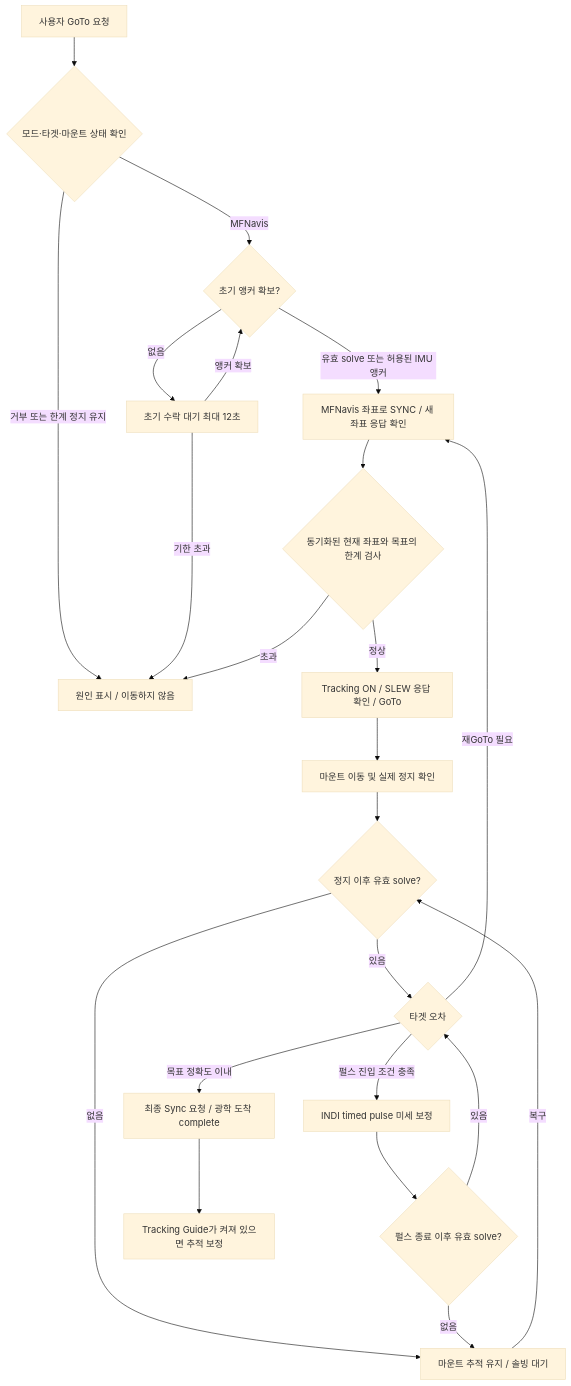
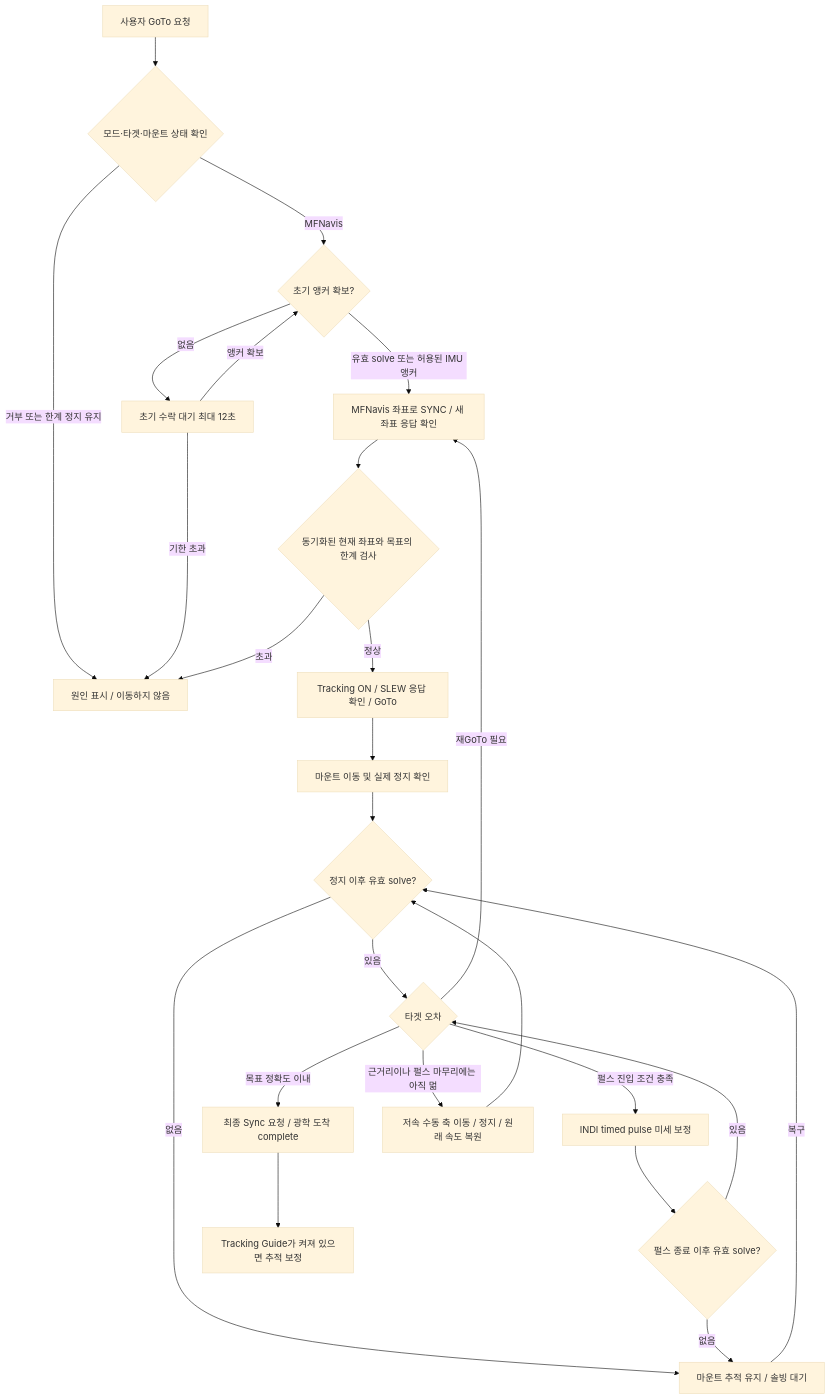
One commit to hjoungjoo/MFNavis changed the first of 3 diagrams in docs/mf_dev/mount_control_ko.md. Above: the diagram before and after it, drawn with Mermaid (base theme). The commit also changed other lines of this file and 20 other files, not shown here.

````diff
--- a/docs/mf_dev/mount_control_ko.md
+++ b/docs/mf_dev/mount_control_ko.md
@@ -52,25 +52,27 @@
 ```mermaid
 flowchart TD
     A[사용자 GoTo 요청] --> B{모드·타겟·마운트 상태 확인}
     B -->|거부 또는 한계 정지 유지| R[원인 표시 / 이동하지 않음]
     B -->|MFNavis| C{초기 앵커 확보?}
     C -->|유효 solve 또는 허용된 IMU 앵커| D[MFNavis 좌표로 SYNC / 새 좌표 응답 확인]
     C -->|없음| I[초기 수락 대기 최대 12초]
     I -->|앵커 확보| C
     I -->|기한 초과| R
     D --> L{동기화된 현재 좌표와 목표의 한계 검사}
     L -->|초과| R
     L -->|정상| N[Tracking ON / SLEW 응답 확인 / GoTo]
     N --> E[마운트 이동 및 실제 정지 확인]
     E --> F{정지 이후 유효 solve?}
     F -->|없음| W[마운트 추적 유지 / 솔빙 대기]
     W -->|복구| F
     F -->|있음| G{타겟 오차}
     G -->|목표 정확도 이내| H[최종 Sync 요청 / 광학 도착 complete]
     G -->|펄스 진입 조건 충족| P[INDI timed pulse 미세 보정]
+    G -->|근거리이나 펄스 마무리에는 아직 멂| M[저속 수동 축 이동 / 정지 / 원래 속도 복원]
+    M --> F
     G -->|재GoTo 필요| D
     P --> Q{펄스 종료 이후 유효 solve?}
     Q -->|없음| W
     Q -->|있음| G
     H --> T[Tracking Guide가 켜져 있으면 추적 보정]
 ```
````
